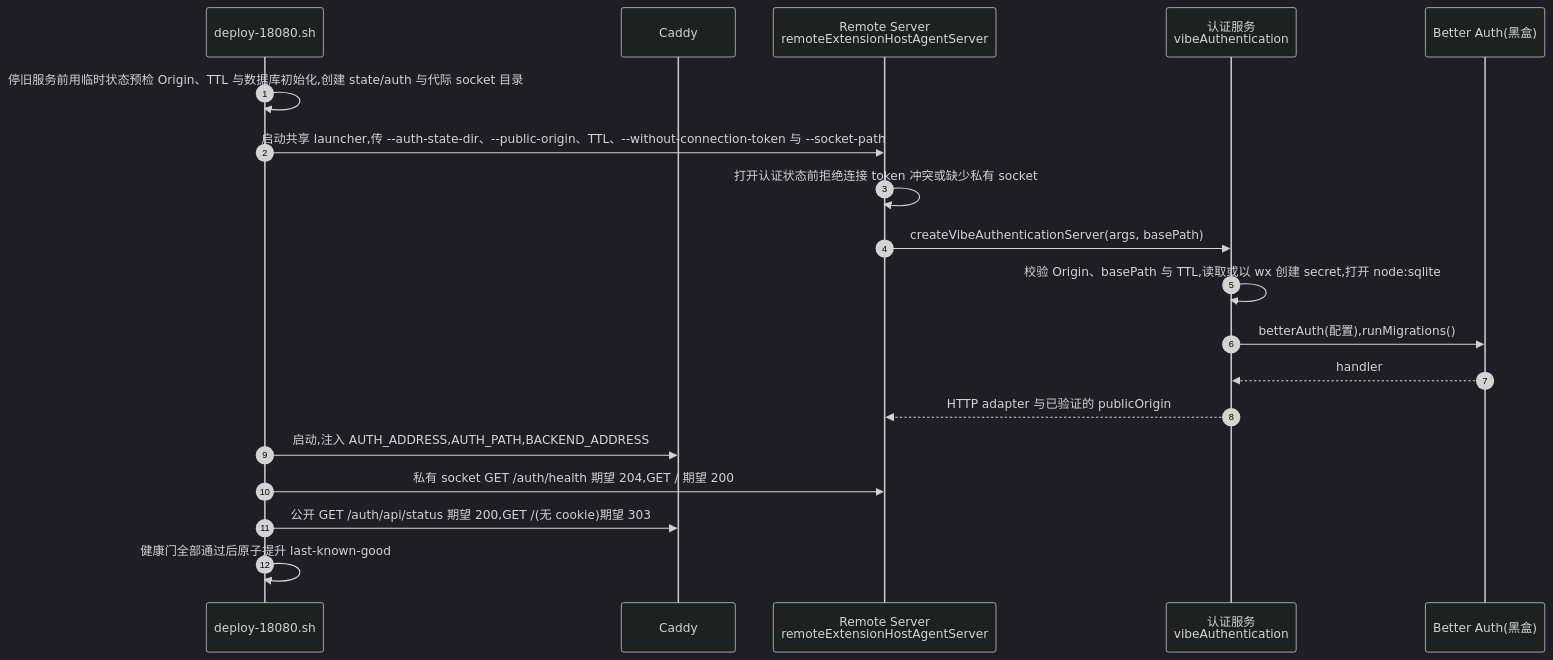
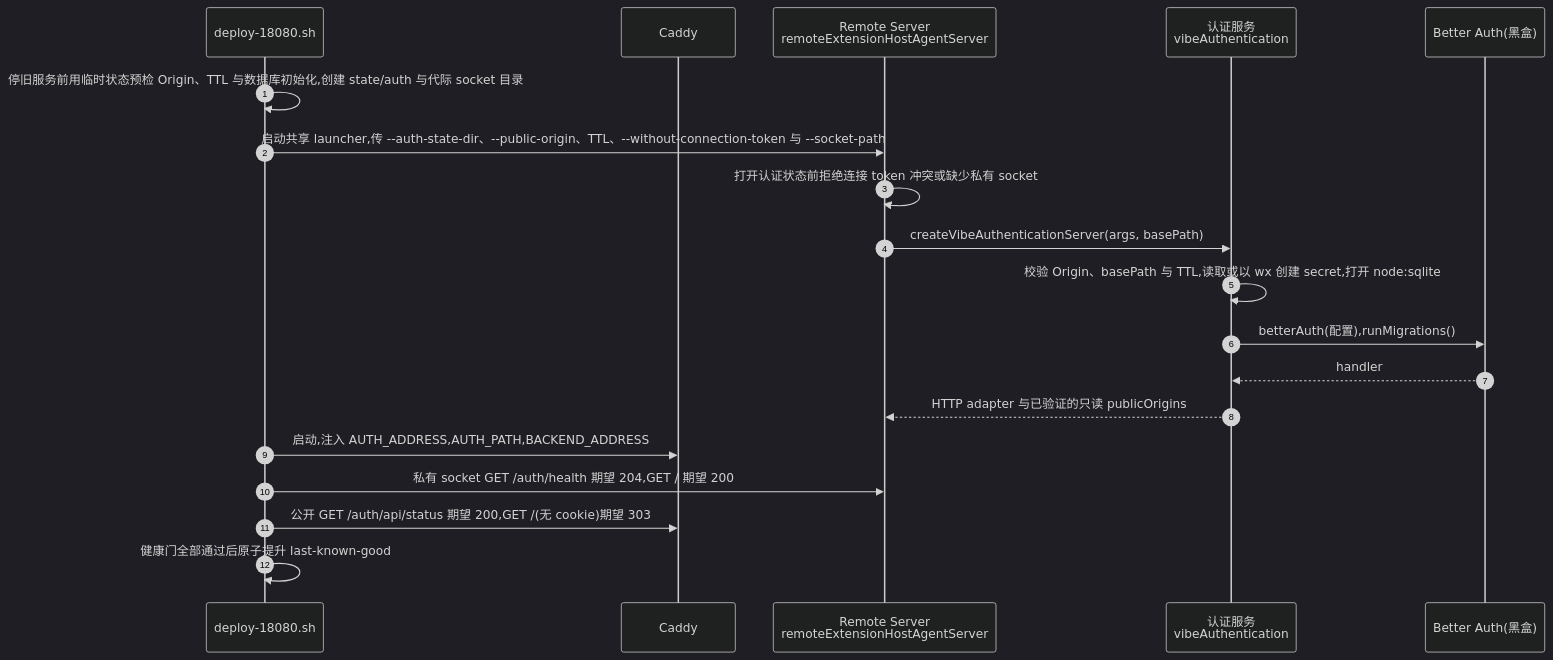
Before and after one commit to ActivePeter/vibe-vscode: the sixth of 12 diagrams in vibe_vscode_doc/design/login_authentication.md, drawn with Mermaid (dark theme). The commit also changed other lines of this file and 31 other files, not shown here.

````diff
--- a/vibe_vscode_doc/design/login_authentication.md
+++ b/vibe_vscode_doc/design/login_authentication.md
@@ -224,22 +230,22 @@
 ```mermaid
 sequenceDiagram
     autonumber
     participant Deploy as deploy-18080.sh
     participant Caddy as Caddy
     participant Remote as Remote Server<br/>remoteExtensionHostAgentServer
     participant Auth as 认证服务<br/>vibeAuthentication
     participant BA as Better Auth(黑盒)
 
     Deploy->>Deploy: 停旧服务前用临时状态预检 Origin、TTL 与数据库初始化,创建 state/auth 与代际 socket 目录
     Deploy->>Remote: 启动共享 launcher,传 --auth-state-dir、--public-origin、TTL、--without-connection-token 与 --socket-path
     Remote->>Remote: 打开认证状态前拒绝连接 token 冲突或缺少私有 socket
     Remote->>Auth: createVibeAuthenticationServer(args, basePath)
     Auth->>Auth: 校验 Origin、basePath 与 TTL,读取或以 wx 创建 secret,打开 node:sqlite
     Auth->>BA: betterAuth(配置),runMigrations()
     BA-->>Auth: handler
-    Auth-->>Remote: HTTP adapter 与已验证的 publicOrigin
+    Auth-->>Remote: HTTP adapter 与已验证的只读 publicOrigins
     Deploy->>Caddy: 启动,注入 AUTH_ADDRESS,AUTH_PATH,BACKEND_ADDRESS
     Deploy->>Remote: 私有 socket GET /auth/health 期望 204,GET / 期望 200
     Deploy->>Caddy: 公开 GET /auth/api/status 期望 200,GET /(无 cookie)期望 303
     Deploy->>Deploy: 健康门全部通过后原子提升 last-known-good
 ```
````
